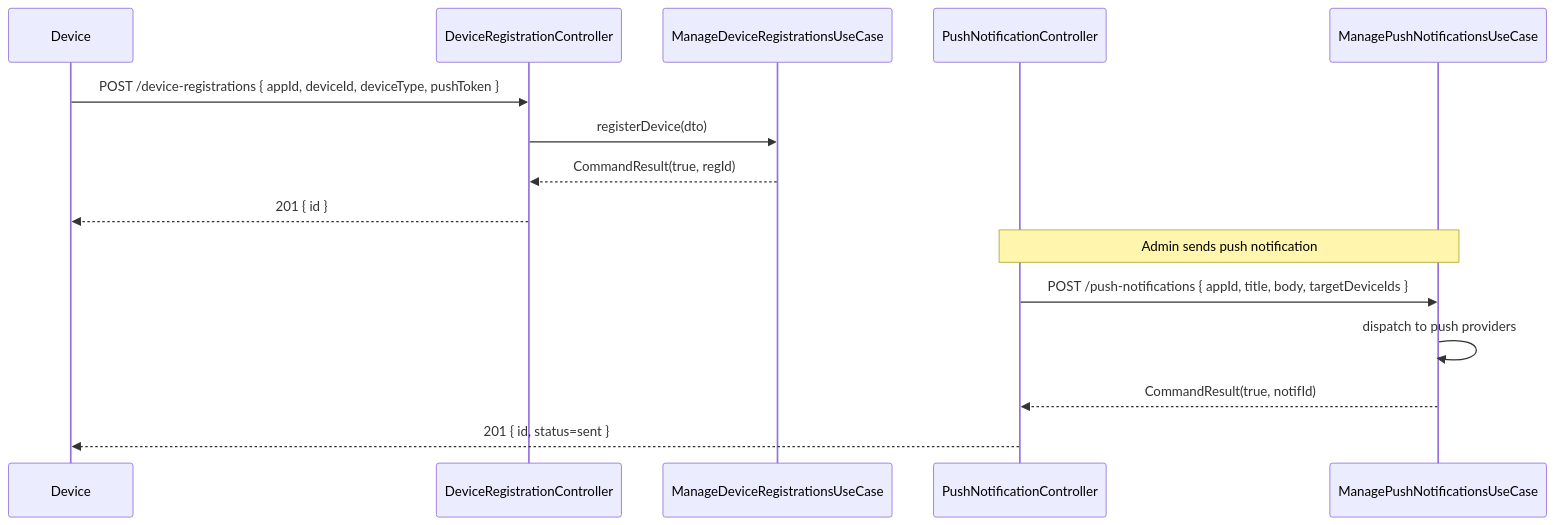
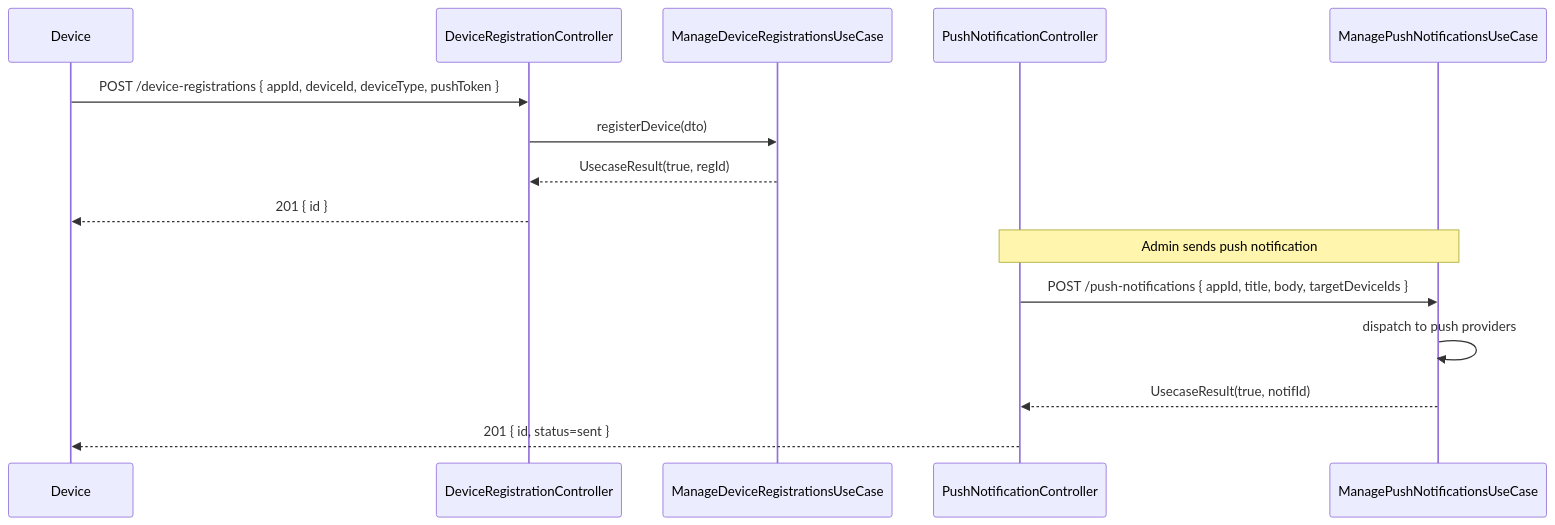
The third of 3 diagrams in mobile/UML.md (UIMSolutions/uim-platform), drawn with Mermaid before and after one commit. The commit also changed 907 other files, not shown here.

Commit message:
Rename CommandResult

````diff
--- a/mobile/UML.md
+++ b/mobile/UML.md
@@ -140,19 +140,19 @@
 ```mermaid
 sequenceDiagram
     participant Device
     participant DRC as DeviceRegistrationController
     participant DRUC as ManageDeviceRegistrationsUseCase
     participant PNC as PushNotificationController
     participant PNUC as ManagePushNotificationsUseCase
 
     Device->>DRC: POST /device-registrations { appId, deviceId, deviceType, pushToken }
     DRC->>DRUC: registerDevice(dto)
-    DRUC-->>DRC: CommandResult(true, regId)
+    DRUC-->>DRC: UsecaseResult(true, regId)
     DRC-->>Device: 201 { id }
 
     Note over PNC,PNUC: Admin sends push notification
     PNC->>PNUC: POST /push-notifications { appId, title, body, targetDeviceIds }
     PNUC->>PNUC: dispatch to push providers
-    PNUC-->>PNC: CommandResult(true, notifId)
+    PNUC-->>PNC: UsecaseResult(true, notifId)
     PNC-->>Device: 201 { id, status=sent }
 ```
````
